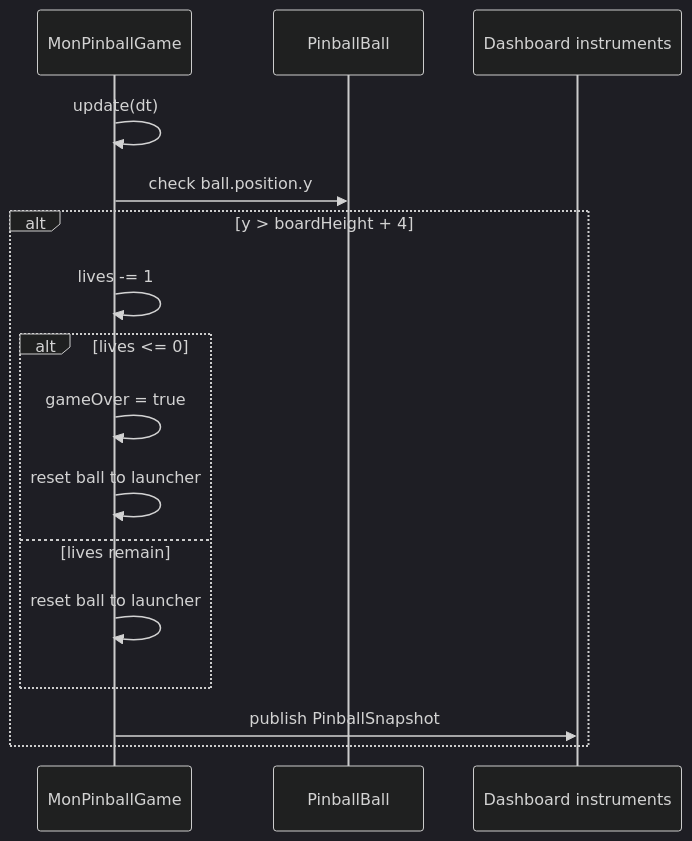
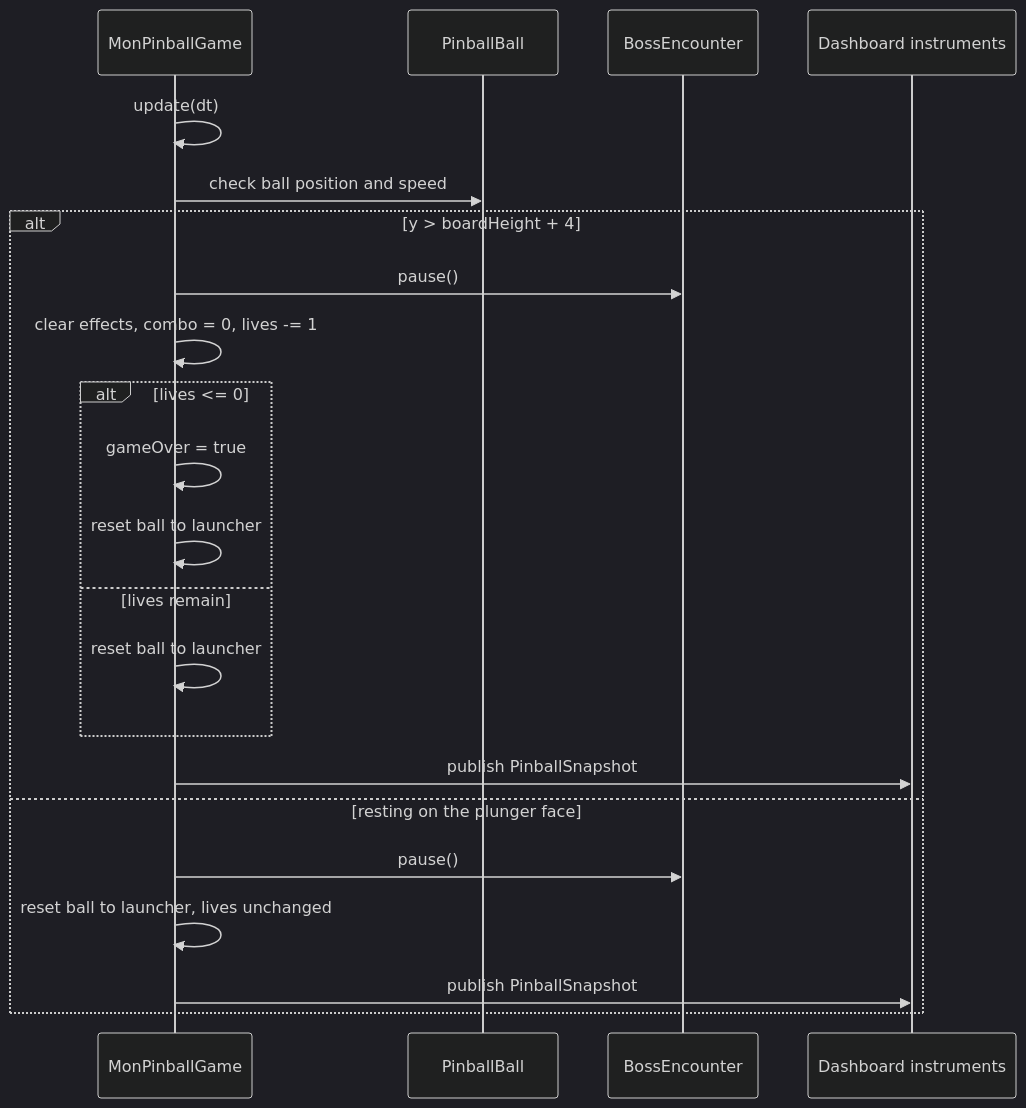
Before and after one commit to cassiadev/mon_pinball: the eighth of 8 diagrams in README.ko.md, drawn with Mermaid (dark theme). The commit also changed other lines of this file and 37 other files, not shown here.

First line of the commit message:
Add the Moonlit Garden boss encounter and redesign the pinball table (#1)

````diff
--- a/README.ko.md
+++ b/README.ko.md
@@ -455,19 +666,25 @@
 ```mermaid
 sequenceDiagram
   participant Game as MonPinballGame
   participant Ball as PinballBall
+  participant Boss as BossEncounter
   participant HUD as Dashboard instruments
 
   Game->>Game: update(dt)
-  Game->>Ball: check ball.position.y
+  Game->>Ball: check ball position and speed
   alt y > boardHeight + 4
-    Game->>Game: lives -= 1
+    Game->>Boss: pause()
+    Game->>Game: clear effects, combo = 0, lives -= 1
     alt lives <= 0
       Game->>Game: gameOver = true
       Game->>Game: reset ball to launcher
     else lives remain
       Game->>Game: reset ball to launcher
     end
     Game->>HUD: publish PinballSnapshot
+  else resting on the plunger face
+    Game->>Boss: pause()
+    Game->>Game: reset ball to launcher, lives unchanged
+    Game->>HUD: publish PinballSnapshot
   end
 ```
````
